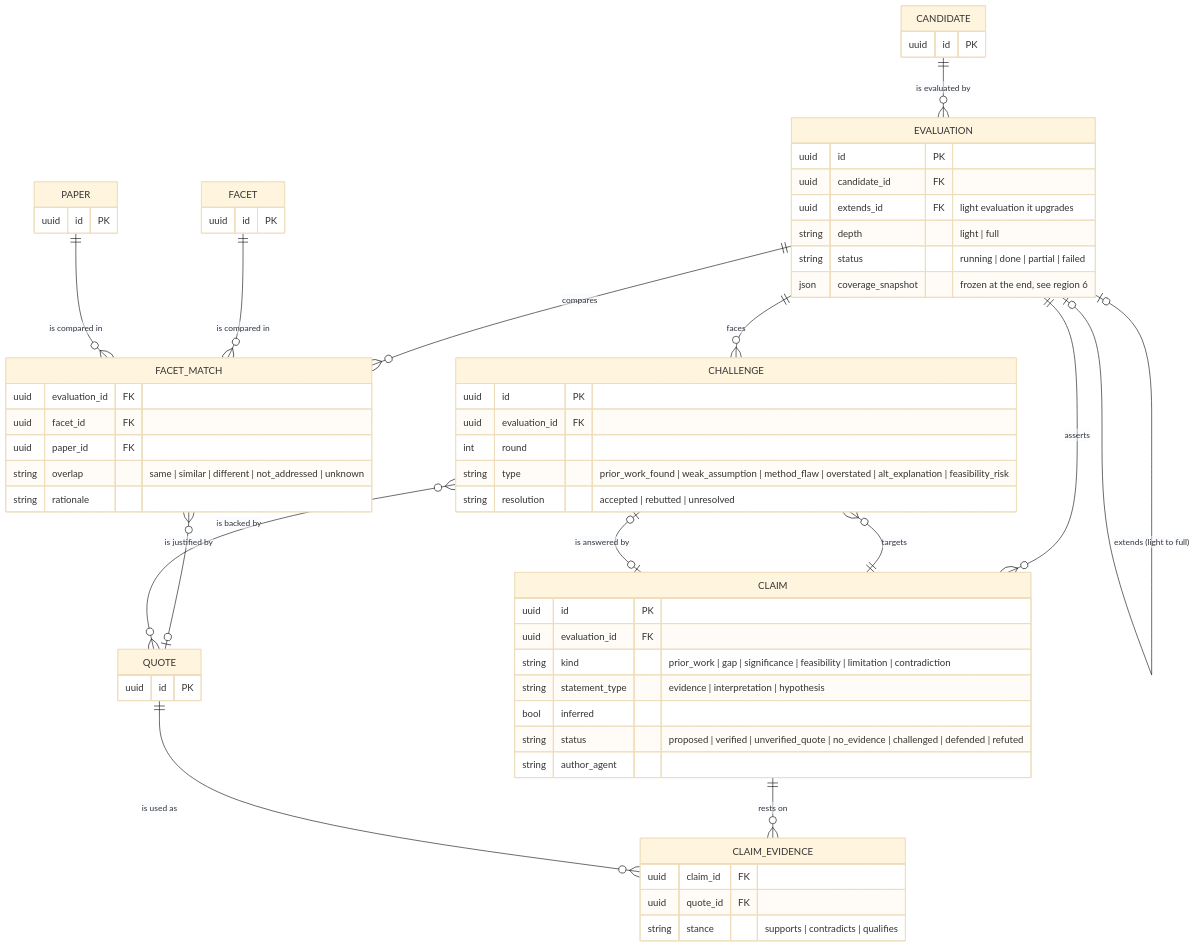
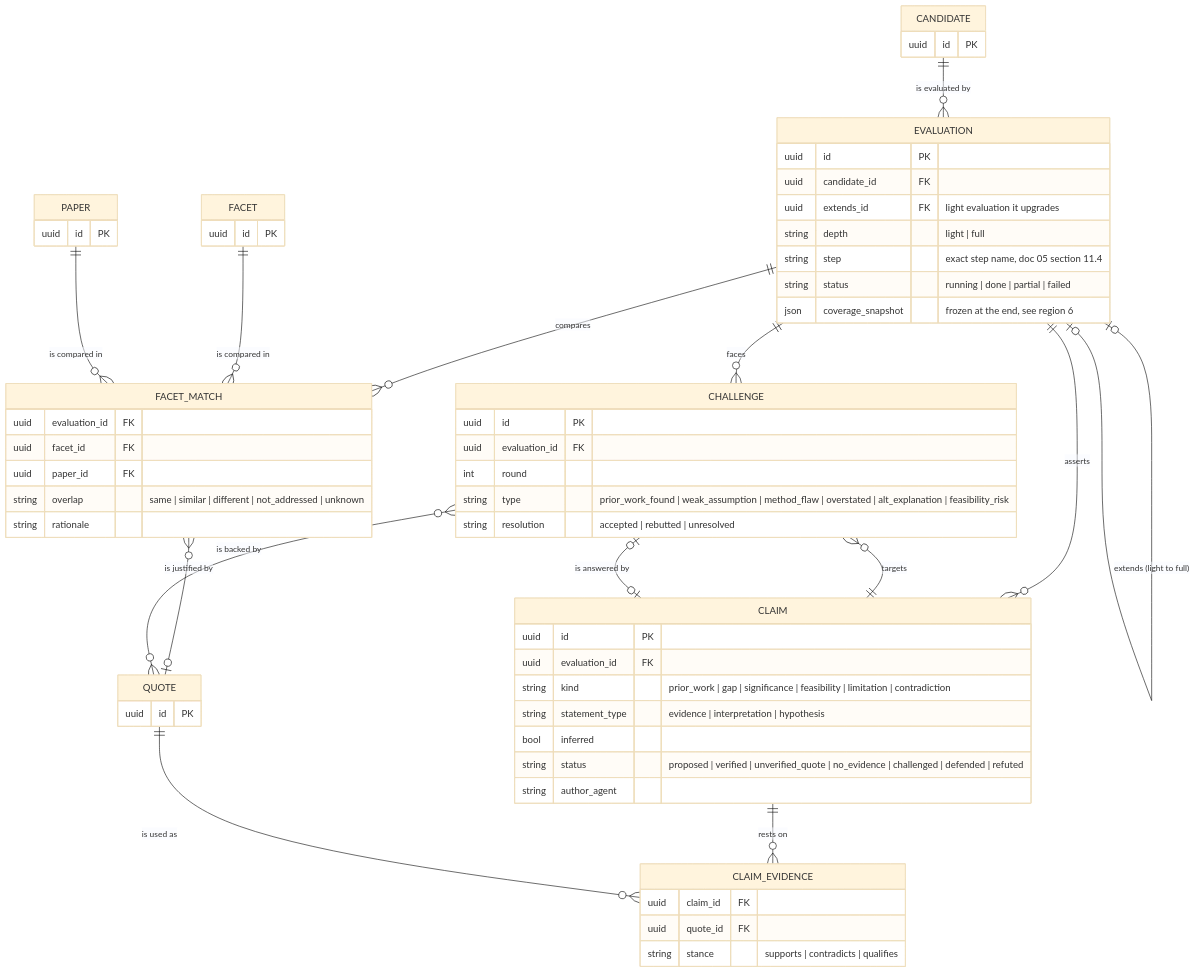
One commit to PhkhakadzeJumber/research-ai-agent changed the sixth of 7 diagrams in docs/er-model.md. Above: the diagram before and after it, drawn with Mermaid (base theme). The commit also changed other lines of this file and 2 other files, not shown here.

Commit message:
Add formal state graph for the orchestrator, evaluations and candidates

````diff
--- a/docs/er-model.md
+++ b/docs/er-model.md
@@ -437,65 +437,66 @@
 ```mermaid
 erDiagram
   CANDIDATE ||--o{ EVALUATION : "is evaluated by"
   EVALUATION |o--o| EVALUATION : "extends (light to full)"
   EVALUATION ||--o{ FACET_MATCH : "compares"
   FACET ||--o{ FACET_MATCH : "is compared in"
   PAPER ||--o{ FACET_MATCH : "is compared in"
   FACET_MATCH }o--o| QUOTE : "is justified by"
   EVALUATION ||--o{ CLAIM : "asserts"
   CLAIM ||--o{ CLAIM_EVIDENCE : "rests on"
   QUOTE ||--o{ CLAIM_EVIDENCE : "is used as"
   EVALUATION ||--o{ CHALLENGE : "faces"
   CHALLENGE }o--|| CLAIM : "targets"
   CHALLENGE |o--o| CLAIM : "is answered by"
   CHALLENGE }o--o{ QUOTE : "is backed by"
 
   EVALUATION {
     uuid id PK
     uuid candidate_id FK
     uuid extends_id FK "light evaluation it upgrades"
     string depth "light | full"
+    string step "exact step name, doc 05 section 11.4"
     string status "running | done | partial | failed"
     json coverage_snapshot "frozen at the end, see region 6"
   }
   FACET_MATCH {
     uuid evaluation_id FK
     uuid facet_id FK
     uuid paper_id FK
     string overlap "same | similar | different | not_addressed | unknown"
     string rationale
   }
   CLAIM {
     uuid id PK
     uuid evaluation_id FK
     string kind "prior_work | gap | significance | feasibility | limitation | contradiction"
     string statement_type "evidence | interpretation | hypothesis"
     bool inferred
     string status "proposed | verified | unverified_quote | no_evidence | challenged | defended | refuted"
     string author_agent
   }
   CLAIM_EVIDENCE {
     uuid claim_id FK
     uuid quote_id FK
     string stance "supports | contradicts | qualifies"
   }
   CHALLENGE {
     uuid id PK
     uuid evaluation_id FK
     int round
     string type "prior_work_found | weak_assumption | method_flaw | overstated | alt_explanation | feasibility_risk"
     string resolution "accepted | rebutted | unresolved"
   }
   CANDIDATE {
     uuid id PK
   }
   FACET {
     uuid id PK
   }
   PAPER {
     uuid id PK
   }
   QUOTE {
     uuid id PK
   }
 ```
````
